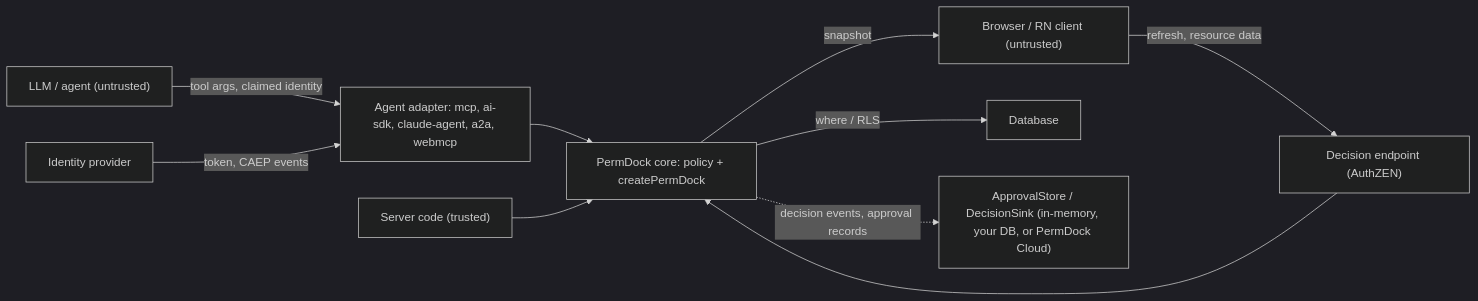
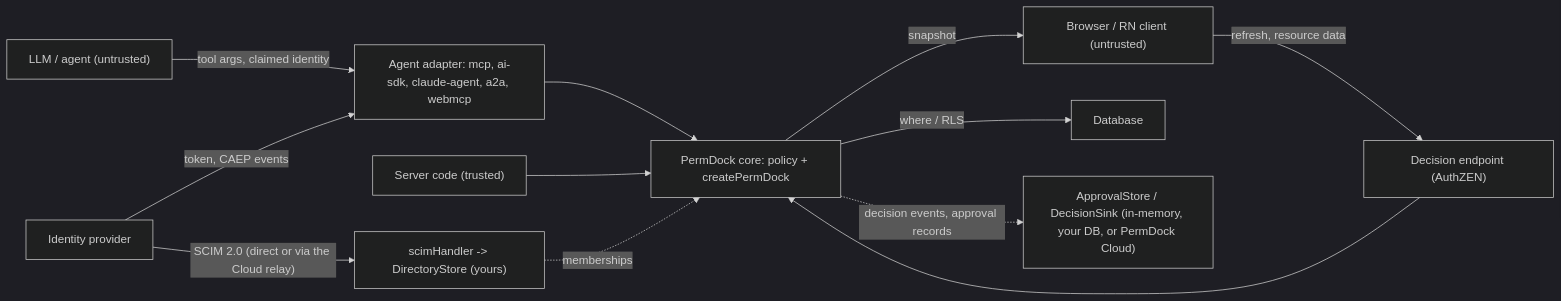
Before and after one commit to ScaleDockHQ/permdock: the diagram in apps/docs/content/docs/security/threat-model.mdx, drawn with Mermaid (dark theme). The commit also changed other lines of this file and 24 other files, not shown here.

Commit message:
feat: more roadmap and docs

````diff
--- a/apps/docs/content/docs/security/threat-model.mdx
+++ b/apps/docs/content/docs/security/threat-model.mdx
@@ -19,12 +19,13 @@
 ```mermaid
 flowchart LR
   Model["LLM / agent (untrusted)"] -->|tool args, claimed identity| Adapter["Agent adapter: mcp, ai-sdk, claude-agent, a2a, webmcp"]
   Client["Browser / RN client (untrusted)"] -->|refresh, resource data| Endpoint["Decision endpoint (AuthZEN)"]
   Adapter --> Core["PermDock core: policy + createPermDock"]
   Endpoint --> Core
   Server["Server code (trusted)"] --> Core
   Core -->|snapshot| Client
   Core -->|where / RLS| DB["Database"]
   Core -.->|decision events, approval records| Store["ApprovalStore / DecisionSink (in-memory, your DB, or PermDock Cloud)"]
   IdP["Identity provider"] -->|token, CAEP events| Adapter
+  IdP -->|"SCIM 2.0 (direct or via the Cloud relay)"| Scim["scimHandler -> DirectoryStore (yours)"] -.->|memberships| Core
 ```
````
